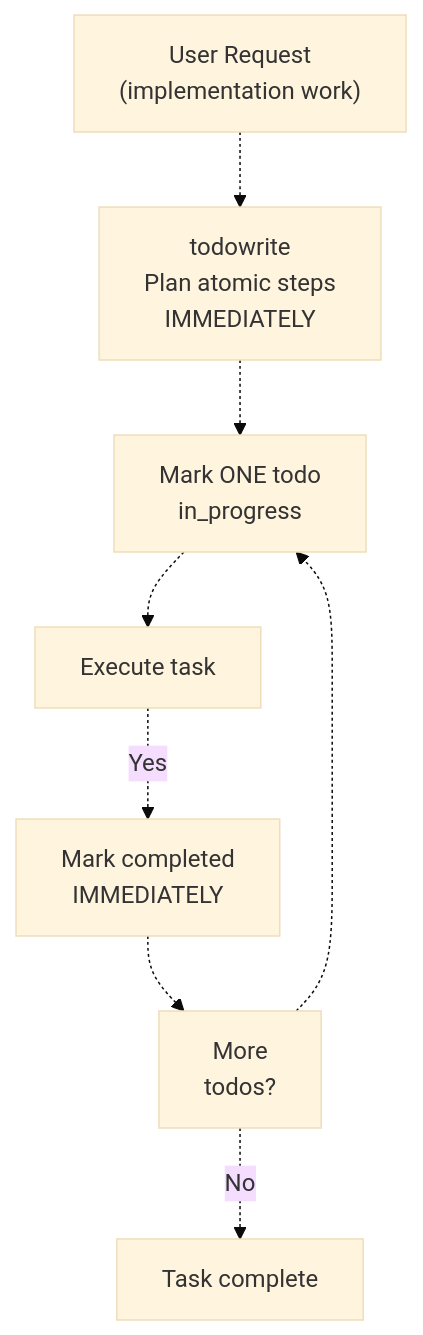
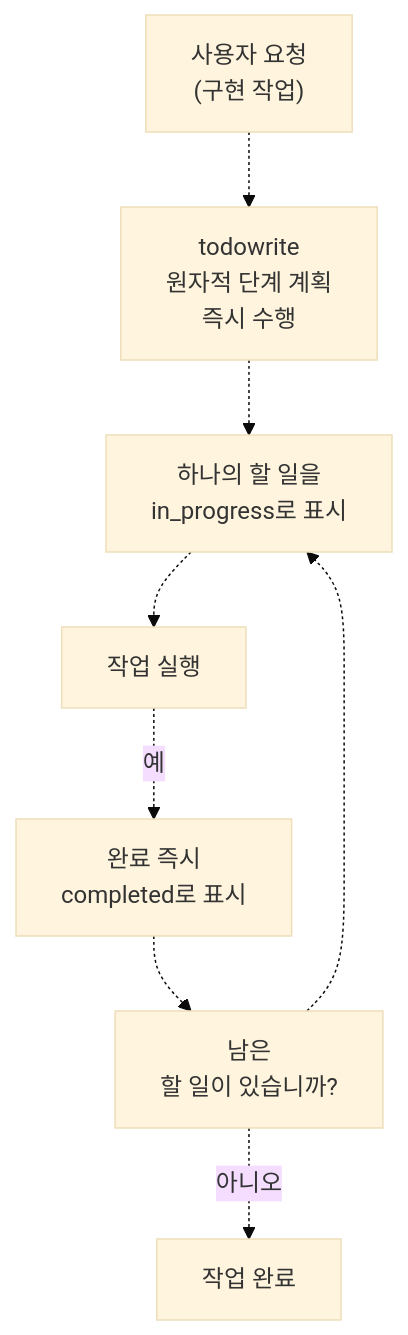
The first of 5 diagrams in docs/agents/todo-management.md (felipetruman/oh-my-opencode-docs), drawn with Mermaid (base theme) before and after one commit. The commit also changed other lines of this file and 76 other files, not shown here.

````diff
--- a/docs/agents/todo-management.md
+++ b/docs/agents/todo-management.md
@@ -49,19 +49,19 @@
 ```mermaid
 flowchart TD
 
-Start["User Request<br>(implementation work)"]
-Create["todowrite<br>Plan atomic steps<br>IMMEDIATELY"]
-Mark["Mark ONE todo<br>in_progress"]
-Work["Execute task"]
-Complete["Mark completed<br>IMMEDIATELY"]
-Next["More<br>todos?"]
-Done["Task complete"]
+Start["사용자 요청<br>(구현 작업)"]
+Create["todowrite<br>원자적 단계 계획<br>즉시 수행"]
+Mark["하나의 할 일을<br>in_progress로 표시"]
+Work["작업 실행"]
+Complete["완료 즉시<br>completed로 표시"]
+Next["남은<br>할 일이 있습니까?"]
+Done["작업 완료"]
 
 Start -.-> Create
 Create -.-> Mark
 Mark -.-> Work
-Work -.->|"Yes"| Complete
+Work -.->|"예"| Complete
 Complete -.-> Next
 Next -.-> Mark
-Next -.->|"No"| Done
+Next -.->|"아니오"| Done
 ```
````
